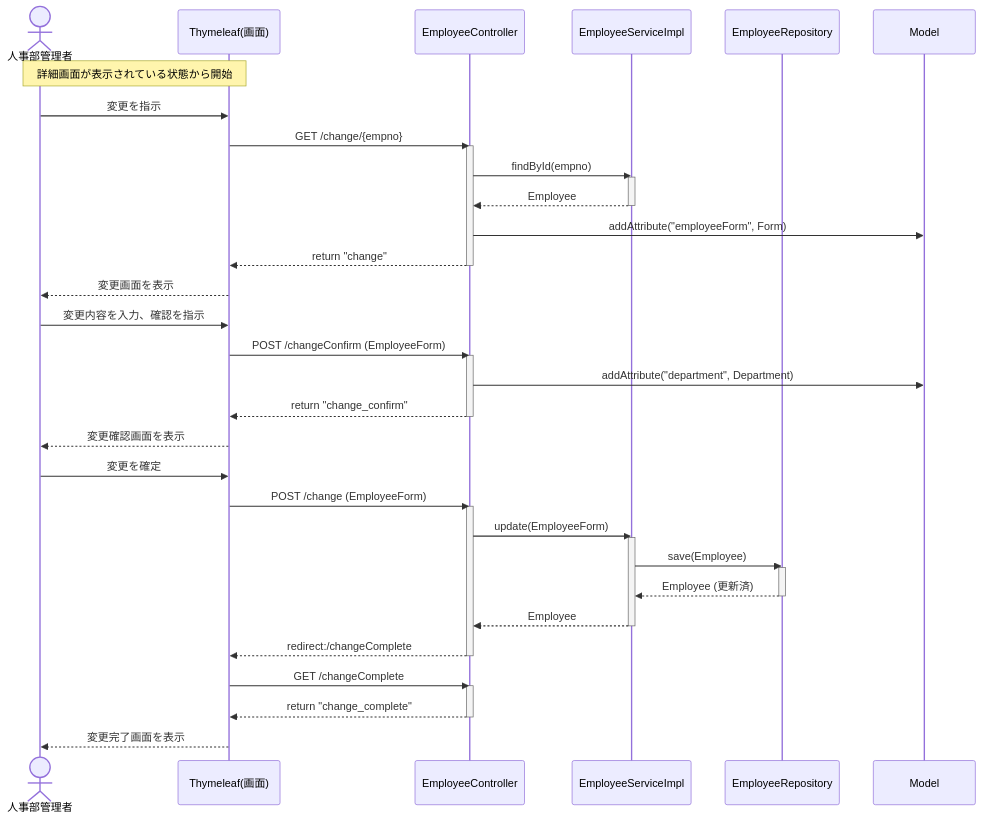
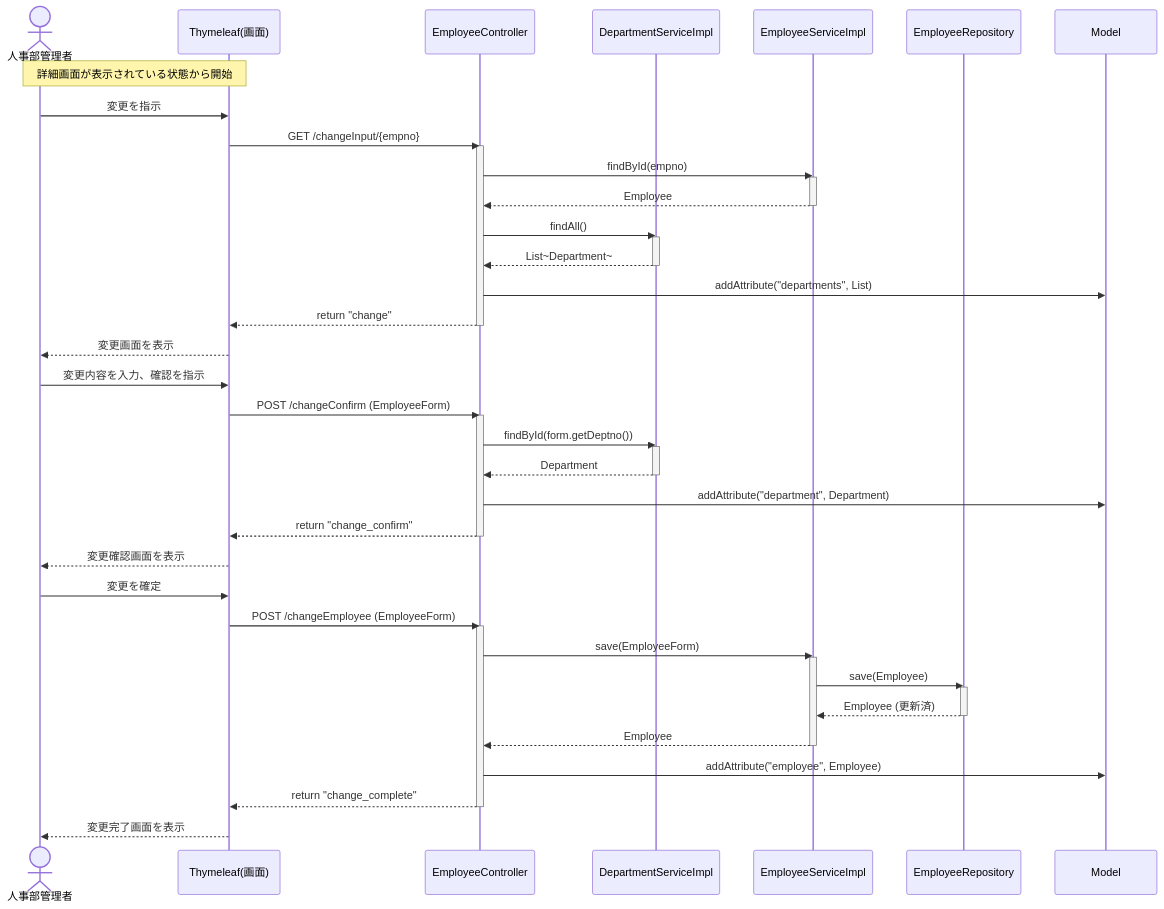
Diagram 20 of 21 in EIMS_Comprehensive_Exercise_Guide.md (juyeongjung1/NewEIMS), drawn with Mermaid before and after one commit. The commit also changed other lines of this file, not shown here.

Commit message:
分析・設計の両シーケンス図に、全検索パターンの分岐とトップページ導線を追加

````diff
--- a/EIMS_Comprehensive_Exercise_Guide.md
+++ b/EIMS_Comprehensive_Exercise_Guide.md
@@ -1279,49 +1337,55 @@
 ```mermaid
 sequenceDiagram
     actor Admin as 人事部管理者
     participant View as Thymeleaf(画面)
     participant Ctrl as EmployeeController
+    participant DSvc as DepartmentServiceImpl
     participant Svc as EmployeeServiceImpl
     participant Rep as EmployeeRepository
     participant Model as Model
 
     note over Admin, View: 詳細画面が表示されている状態から開始
     Admin ->> View: 変更を指示
-    View ->> Ctrl: GET /change/{empno}
+    View ->> Ctrl: GET /changeInput/{empno}
     activate Ctrl
     Ctrl ->> Svc: findById(empno)
     activate Svc
     Svc -->> Ctrl: Employee
     deactivate Svc
-    Ctrl ->> Model: addAttribute("employeeForm", Form)
+    Ctrl ->> DSvc: findAll()
+    activate DSvc
+    DSvc -->> Ctrl: List~Department~
+    deactivate DSvc
+    Ctrl ->> Model: addAttribute("departments", List)
     Ctrl -->> View: return "change"
     deactivate Ctrl
     View -->> Admin: 変更画面を表示
     
     Admin ->> View: 変更内容を入力、確認を指示
     View ->> Ctrl: POST /changeConfirm (EmployeeForm)
     activate Ctrl
+    Ctrl ->> DSvc: findById(form.getDeptno())
+    activate DSvc
+    DSvc -->> Ctrl: Department
+    deactivate DSvc
     Ctrl ->> Model: addAttribute("department", Department)
     Ctrl -->> View: return "change_confirm"
     deactivate Ctrl
     View -->> Admin: 変更確認画面を表示
     
     Admin ->> View: 変更を確定
-    View ->> Ctrl: POST /change (EmployeeForm)
+    View ->> Ctrl: POST /changeEmployee (EmployeeForm)
     activate Ctrl
-    Ctrl ->> Svc: update(EmployeeForm)
+    Ctrl ->> Svc: save(EmployeeForm)
     activate Svc
     Svc ->> Rep: save(Employee)
     activate Rep
     Rep -->> Svc: Employee (更新済)
     deactivate Rep
     Svc -->> Ctrl: Employee
     deactivate Svc
-    Ctrl -->> View: redirect:/changeComplete
-    deactivate Ctrl
-    View ->> Ctrl: GET /changeComplete
-    activate Ctrl
+    Ctrl ->> Model: addAttribute("employee", Employee)
     Ctrl -->> View: return "change_complete"
     deactivate Ctrl
     View -->> Admin: 変更完了画面を表示
 ```
````
